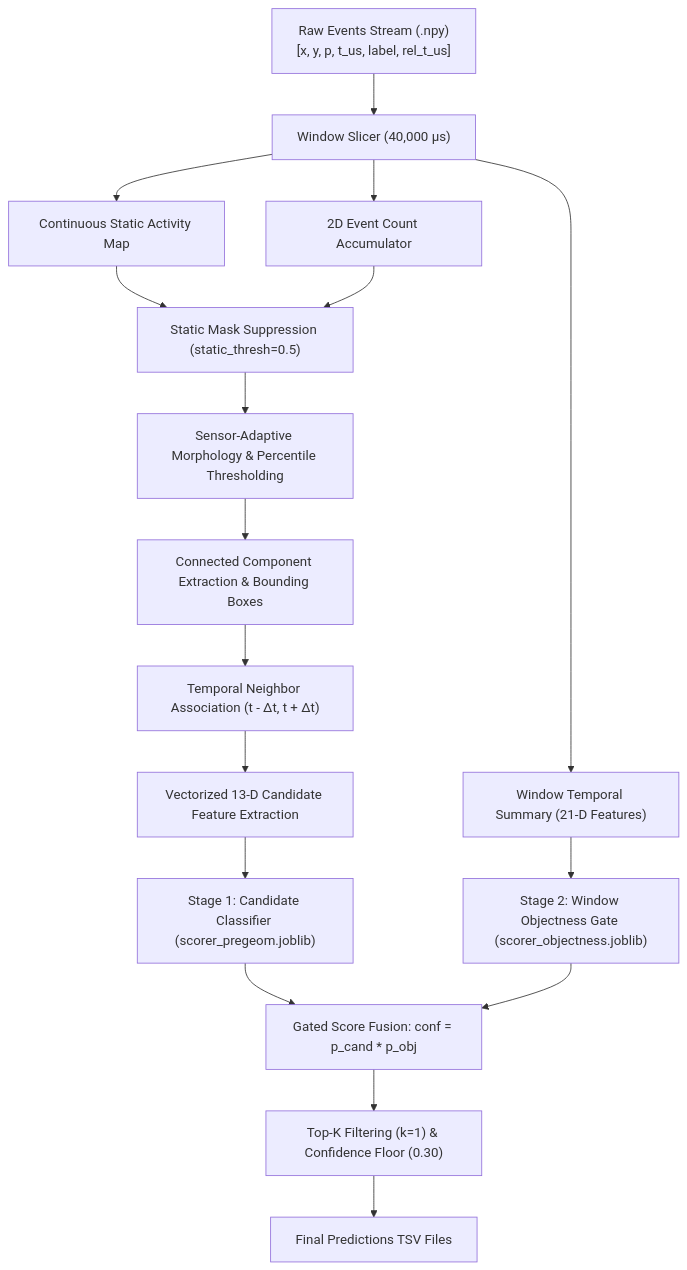
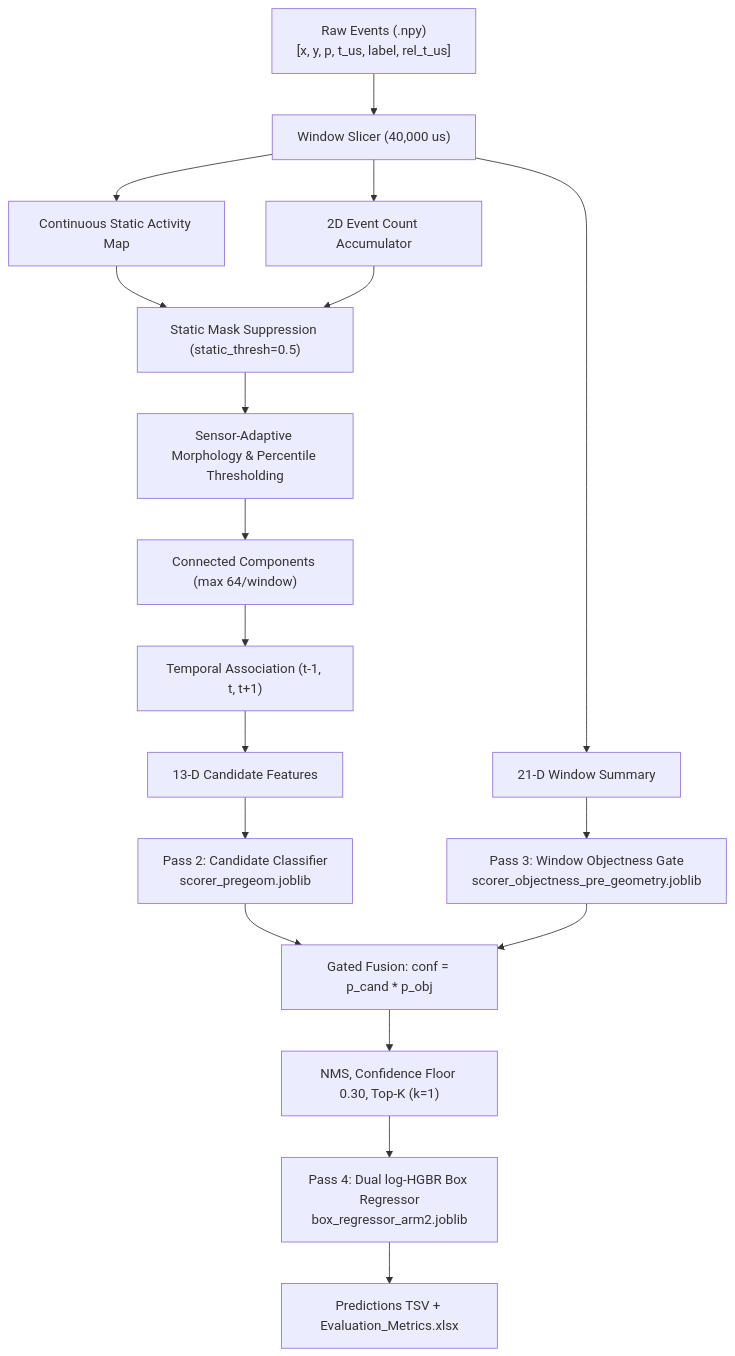
Before and after one commit to swarajladke/OrbitSight: the diagram in README.md, drawn with Mermaid. The commit also changed other lines of this file and 1 other file, not shown here.

Commit message:
Rewrite README with shipped Arm 2 metrics, architecture diagram and corrected container contract; add proposal PDF

````diff
--- a/README.md
+++ b/README.md
@@ -167,19 +60,20 @@
 ```mermaid
 flowchart TD
-    A["Raw Events Stream (.npy)<br/>[x, y, p, t_us, label, rel_t_us]"] --> B["Window Slicer (40,000 µs)"]
+    A["Raw Events (.npy)<br/>[x, y, p, t_us, label, rel_t_us]"] --> B["Window Slicer (40,000 us)"]
     B --> C["Continuous Static Activity Map"]
     C --> D["Static Mask Suppression (static_thresh=0.5)"]
     B --> E["2D Event Count Accumulator"]
     E --> D
     D --> F["Sensor-Adaptive Morphology & Percentile Thresholding"]
-    F --> G["Connected Component Extraction & Bounding Boxes"]
-    G --> H["Temporal Neighbor Association (t - Δt, t + Δt)"]
-    H --> I["Vectorized 13-D Candidate Feature Extraction"]
-    I --> J["Stage 1: Candidate Classifier (scorer_pregeom.joblib)"]
-    B --> W["Window Temporal Summary (21-D Features)"]
-    W --> OG["Stage 2: Window Objectness Gate (scorer_objectness.joblib)"]
-    J --> GATE["Gated Score Fusion: conf = p_cand * p_obj"]
+    F --> G["Connected Components (max 64/window)"]
+    G --> H["Temporal Association (t-1, t, t+1)"]
+    H --> I["13-D Candidate Features"]
+    I --> J["Pass 2: Candidate Classifier<br/>scorer_pregeom.joblib"]
+    B --> W["21-D Window Summary"]
+    W --> OG["Pass 3: Window Objectness Gate<br/>scorer_objectness_pre_geometry.joblib"]
+    J --> GATE["Gated Fusion: conf = p_cand * p_obj"]
     OG --> GATE
-    GATE --> K["Top-K Filtering (k=1) & Confidence Floor (0.30)"]
-    K --> L["Final Predictions TSV Files"]
+    GATE --> K["NMS, Confidence Floor 0.30, Top-K (k=1)"]
+    K --> R["Pass 4: Dual log-HGBR Box Regressor<br/>box_regressor_arm2.joblib"]
+    R --> L["Predictions TSV + Evaluation_Metrics.xlsx"]
 ```
````
